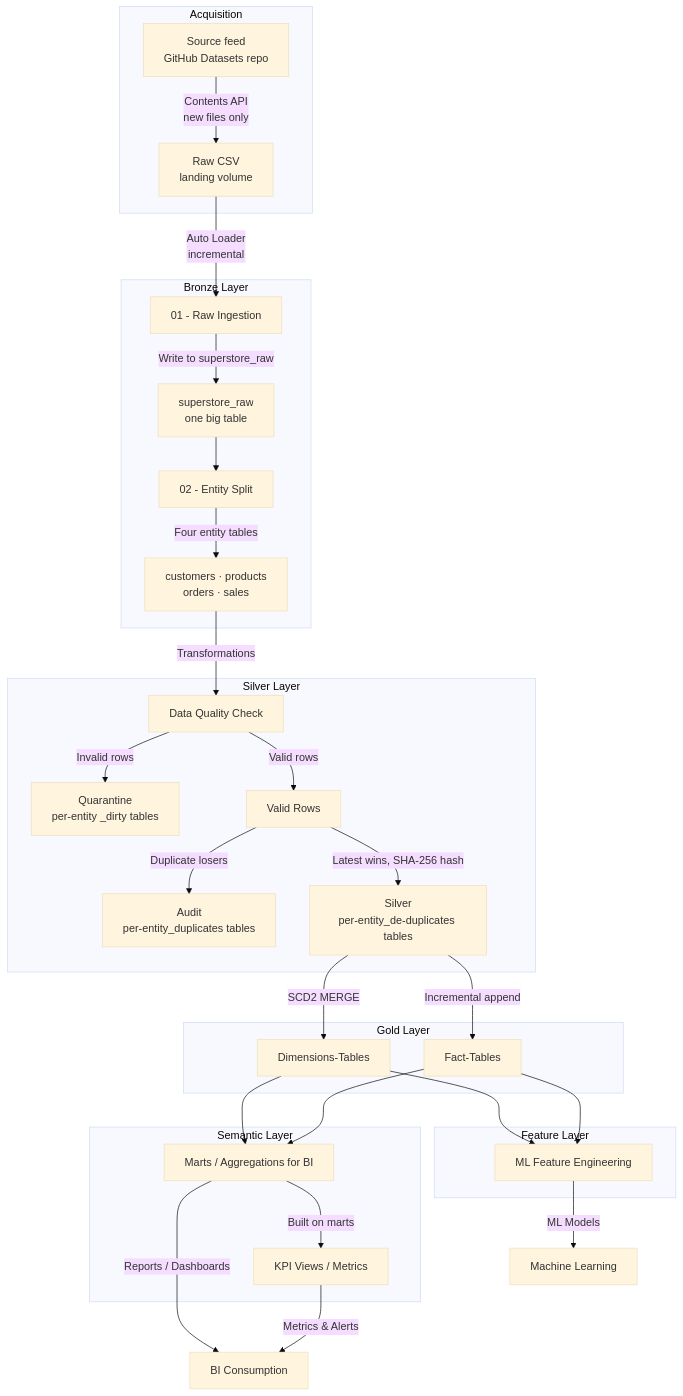
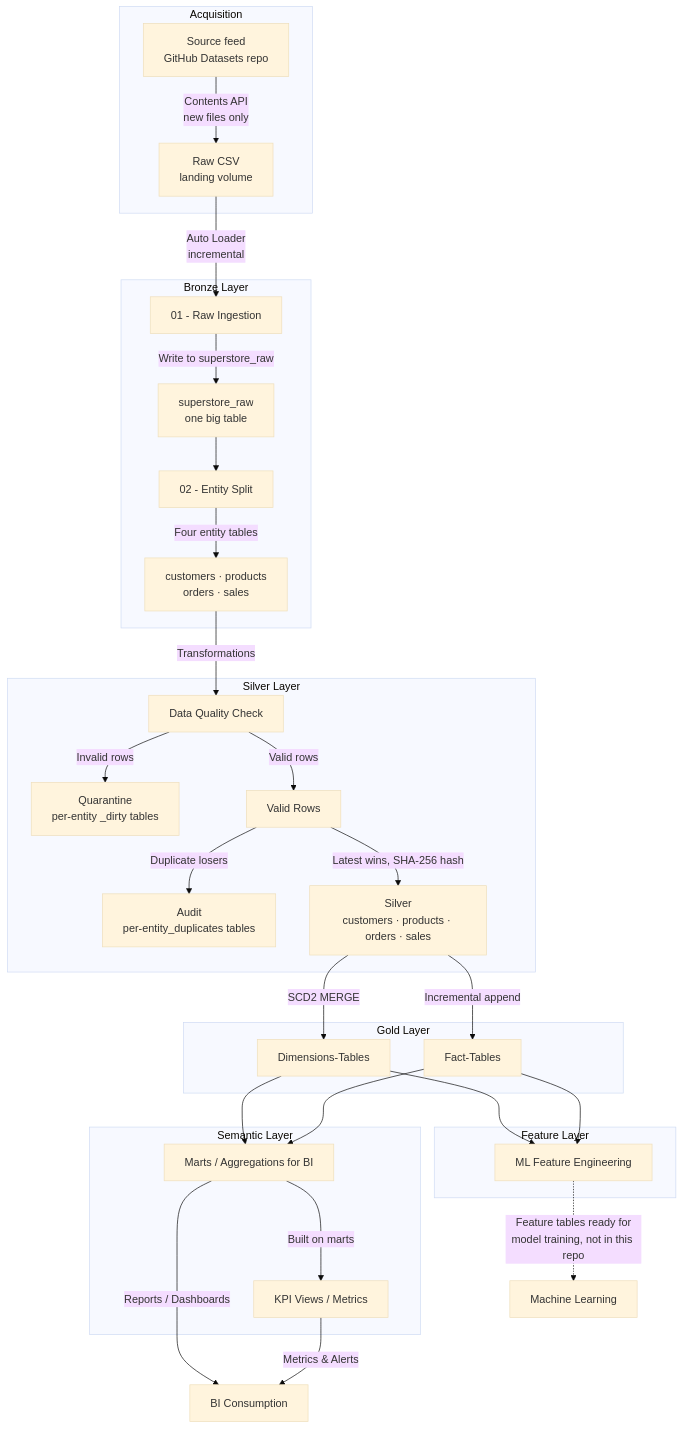
One commit to 111BM/databricks-lakehouse-platform changed the diagram in README.md. Above: the diagram before and after it, drawn with Mermaid (base theme).

Commit message:
Name the silver tables correctly and mark model training out of scope
The silver node claimed per-entity _de-duplicates tables. No table has that
name: silver_table is customers, products, orders and sales, and the only
_duplicates tables are the audit ones, so the label invented a naming
convention and collided with a real one.

The machine learning node was drawn as a solid downstream step, but nothing
in the repo trains a model - no mlflow, no sklearn, no fit call. The feature
tables are real and the boundary now says so: the edge is dashed and states
that model training lives outside this repo.

````diff
--- a/README.md
+++ b/README.md
@@ -15,57 +15,57 @@
 ```mermaid
 flowchart TD
     subgraph ACQ[Acquisition]
         SRC[Source feed<br/>GitHub Datasets repo]
         VOL[Raw CSV<br/>landing volume]
         SRC -->|Contents API<br/>new files only| VOL
     end
 
     subgraph BRONZE[Bronze Layer]
         ING[01 - Raw Ingestion]
         RAW["superstore_raw<br/>one big table"]
         SPLIT[02 - Entity Split]
         ENT["customers · products<br/>orders · sales"]
         ING -->|Write to superstore_raw| RAW
         RAW --> SPLIT
         SPLIT -->|Four entity tables| ENT
     end
 
     subgraph SILVER[Silver Layer]
         DQ[Data Quality Check]
         QUAR["Quarantine<br/>per-entity _dirty tables"]
         GOOD[Valid Rows]
         AUD["Audit<br/>per-entity_duplicates tables"]
-        SLV["Silver<br/>per-entity_de-duplicates tables"]
+        SLV["Silver<br/>customers · products · orders · sales"]
         DQ -->|Invalid rows| QUAR
         DQ -->|Valid rows| GOOD
         GOOD -->|Duplicate losers| AUD
         GOOD -->|Latest wins, SHA-256 hash| SLV
     end
 
     subgraph GOLD[Gold Layer]
         DIM["Dimensions-Tables"]
         FCT["Fact-Tables"]
     end
 
     subgraph SEM[Semantic Layer]
         MARTS[Marts / Aggregations for BI]
         KPI[KPI Views / Metrics]
     end
 
     subgraph FEAT[Feature Layer]
         MLF[ML Feature Engineering]
     end
 
     VOL -->|Auto Loader<br/>incremental| ING
     ENT -->|Transformations| DQ
     SLV -->|SCD2 MERGE| DIM
     SLV -->|Incremental append| FCT
     DIM --> MARTS
     FCT --> MARTS
     DIM --> MLF
     FCT --> MLF
     MARTS -->|Built on marts| KPI
     MARTS -->|Reports / Dashboards| BI[BI Consumption]
     KPI -->|Metrics & Alerts| BI
-    MLF -->|ML Models| MLC[Machine Learning]
+    MLF -.->|Feature tables ready for<br/>model training, not in this repo| MLC[Machine Learning]
 ```
````
